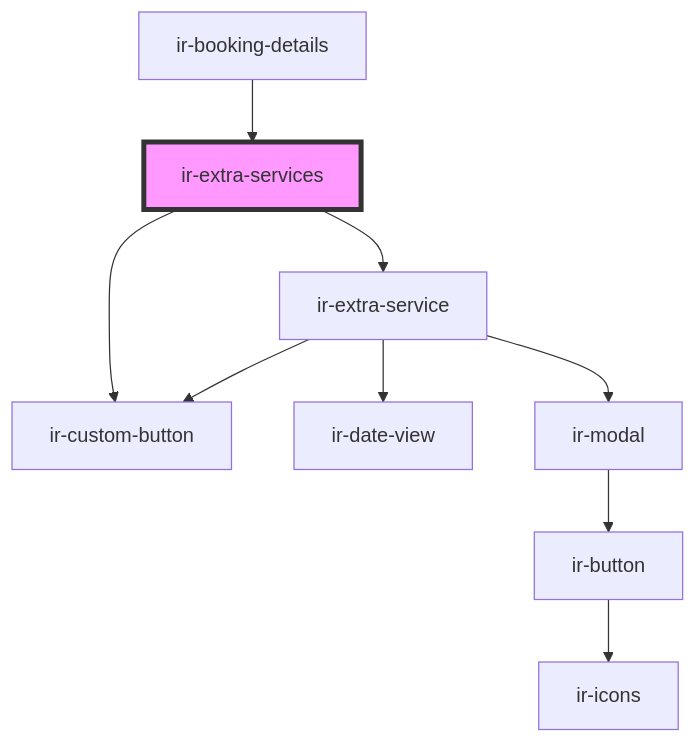
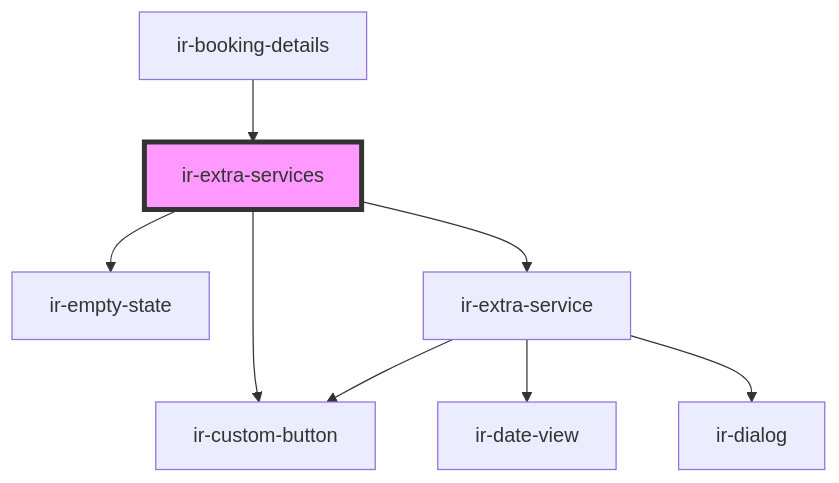
One commit to RonyRizk/ir-webcmp changed the diagram in src/components/ir-booking-details/ir-extra-services/readme.md. Above: the diagram before and after it, drawn with Mermaid. The commit also changed other lines of this file and 433 other files, not shown here.

````diff
--- a/src/components/ir-booking-details/ir-extra-services/readme.md
+++ b/src/components/ir-booking-details/ir-extra-services/readme.md
@@ -27,12 +28,11 @@
 ```mermaid
 graph TD;
   ir-extra-services --> ir-custom-button
+  ir-extra-services --> ir-empty-state
   ir-extra-services --> ir-extra-service
   ir-extra-service --> ir-custom-button
   ir-extra-service --> ir-date-view
-  ir-extra-service --> ir-modal
-  ir-modal --> ir-button
-  ir-button --> ir-icons
+  ir-extra-service --> ir-dialog
   ir-booking-details --> ir-extra-services
   style ir-extra-services fill:#f9f,stroke:#333,stroke-width:4px
 ```
````
